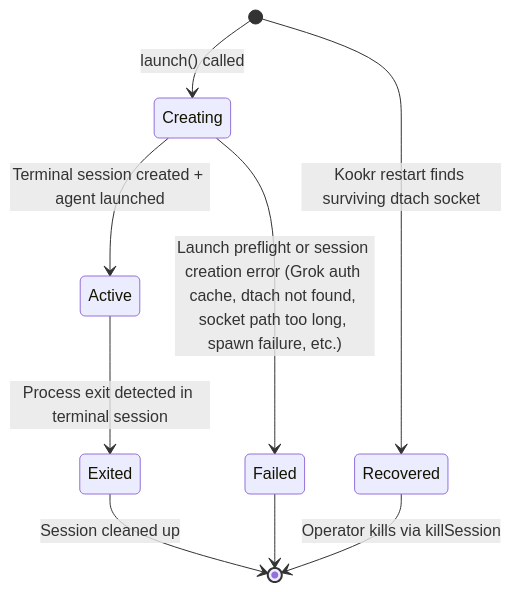
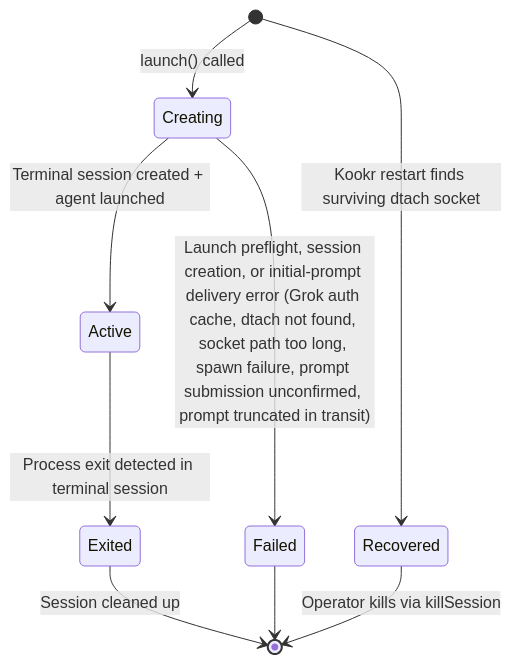
The diagram in docs/system-models/subsystems/agent-adapter/03-state-machines.md (kookr-ai/kookr), drawn with Mermaid before and after one commit. The commit also changed other lines of this file and 10 other files, not shown here.

````diff
--- a/docs/system-models/subsystems/agent-adapter/03-state-machines.md
+++ b/docs/system-models/subsystems/agent-adapter/03-state-machines.md
@@ -9,16 +9,16 @@
 ```mermaid
 stateDiagram-v2
   [*] --> Creating: launch() called
 
   Creating --> Active: Terminal session created + agent launched
-  Creating --> Failed: Launch preflight or session creation error (Grok auth cache, dtach not found, socket path too long, spawn failure, etc.)
+  Creating --> Failed: Launch preflight, session creation, or initial-prompt delivery error (Grok auth cache, dtach not found, socket path too long, spawn failure, prompt submission unconfirmed, prompt truncated in transit)
 
   Active --> Exited: Process exit detected in terminal session
 
   [*] --> Recovered: Kookr restart finds surviving dtach socket
 
   Exited --> [*]: Session cleaned up
 
   Failed --> [*]
   Recovered --> [*]: Operator kills via killSession
 ```
````
